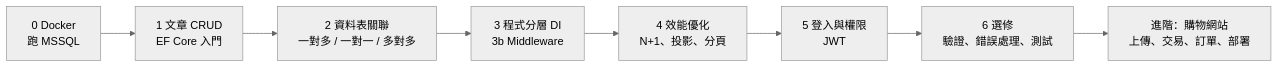
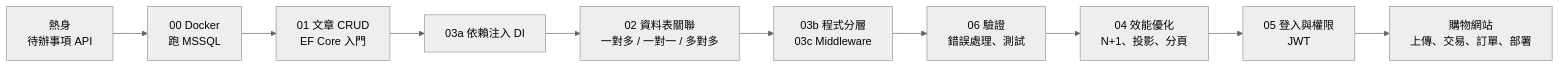
The diagram in README.md (jackson204/BlogApi), drawn with Mermaid (neutral theme) before and after one commit. The commit also changed other lines of this file and 22 other files, not shown here.

First line of the commit message:
docs: 首頁改成「專案主線＋觀念庫」，加上學習路線圖與進度標記

````diff
--- a/README.md
+++ b/README.md
@@ -37,10 +37,12 @@
 ```mermaid
 flowchart LR
-    S0["0 Docker<br>跑 MSSQL"] --> S1["1 文章 CRUD<br>EF Core 入門"]
-    S1 --> S2["2 資料表關聯<br>一對多 / 一對一 / 多對多"]
-    S2 --> S3["3 程式分層 DI<br>3b Middleware"]
-    S3 --> S4["4 效能優化<br>N+1、投影、分頁"]
-    S4 --> S5["5 登入與權限<br>JWT"]
-    S5 --> S6["6 選修<br>驗證、錯誤處理、測試"]
-    S6 --> SHOP["進階：購物網站<br>上傳、交易、訂單、部署"]
+    W["熱身<br>待辦事項 API"] --> S0["00 Docker<br>跑 MSSQL"]
+    S0 --> S1["01 文章 CRUD<br>EF Core 入門"]
+    S1 --> S3A["03a 依賴注入 DI"]
+    S3A --> S2["02 資料表關聯<br>一對多 / 一對一 / 多對多"]
+    S2 --> S3["03b 程式分層<br>03c Middleware"]
+    S3 --> S6["06 驗證<br>錯誤處理、測試"]
+    S6 --> S4["04 效能優化<br>N+1、投影、分頁"]
+    S4 --> S5["05 登入與權限<br>JWT"]
+    S5 --> SHOP["購物網站<br>上傳、交易、訂單、部署"]
 ```
````
